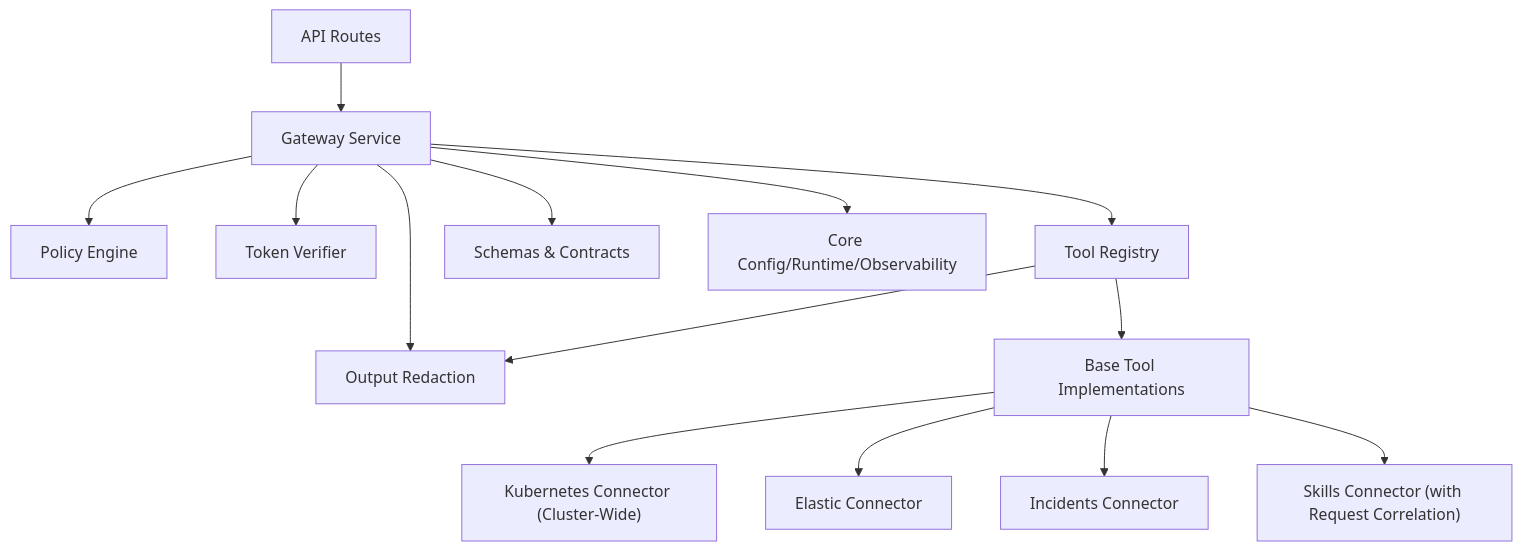
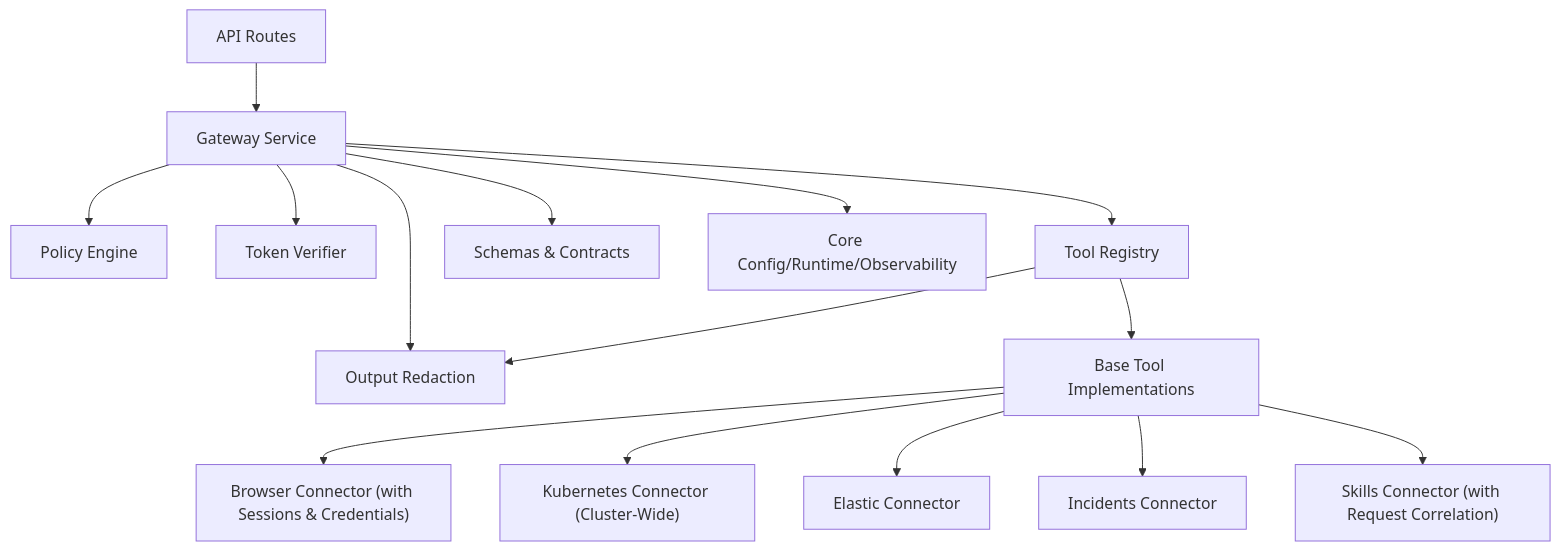
Before and after one commit to metasync/luban-aiops: diagram 14 of 14 in .qoder/repowiki/en/content/Tool Gateway Service/Tool Gateway Service.md, drawn with Mermaid. The commit also changed other lines of this file and 6 other files, not shown here.

````diff
--- a/.qoder/repowiki/en/content/Tool Gateway Service/Tool Gateway Service.md
+++ b/.qoder/repowiki/en/content/Tool Gateway Service/Tool Gateway Service.md
@@ -736,16 +852,17 @@
 ```mermaid
 graph TB
 Routes["API Routes"] --> Services["Gateway Service"]
 Services --> Policy["Policy Engine"]
 Services --> Token["Token Verifier"]
 Services --> Registry["Tool Registry"]
 Services --> Redaction["Output Redaction"]
 Registry --> Tools["Base Tool Implementations"]
 Registry --> Redaction
+Tools --> Browser["Browser Connector (with Sessions & Credentials)"]
 Tools --> K8s["Kubernetes Connector (Cluster-Wide)"]
 Tools --> Elastic["Elastic Connector"]
 Tools --> Incidents["Incidents Connector"]
 Tools --> Skills["Skills Connector (with Request Correlation)"]
 Services --> Schemas["Schemas & Contracts"]
 Services --> Core["Core Config/Runtime/Observability"]
 ```
````
